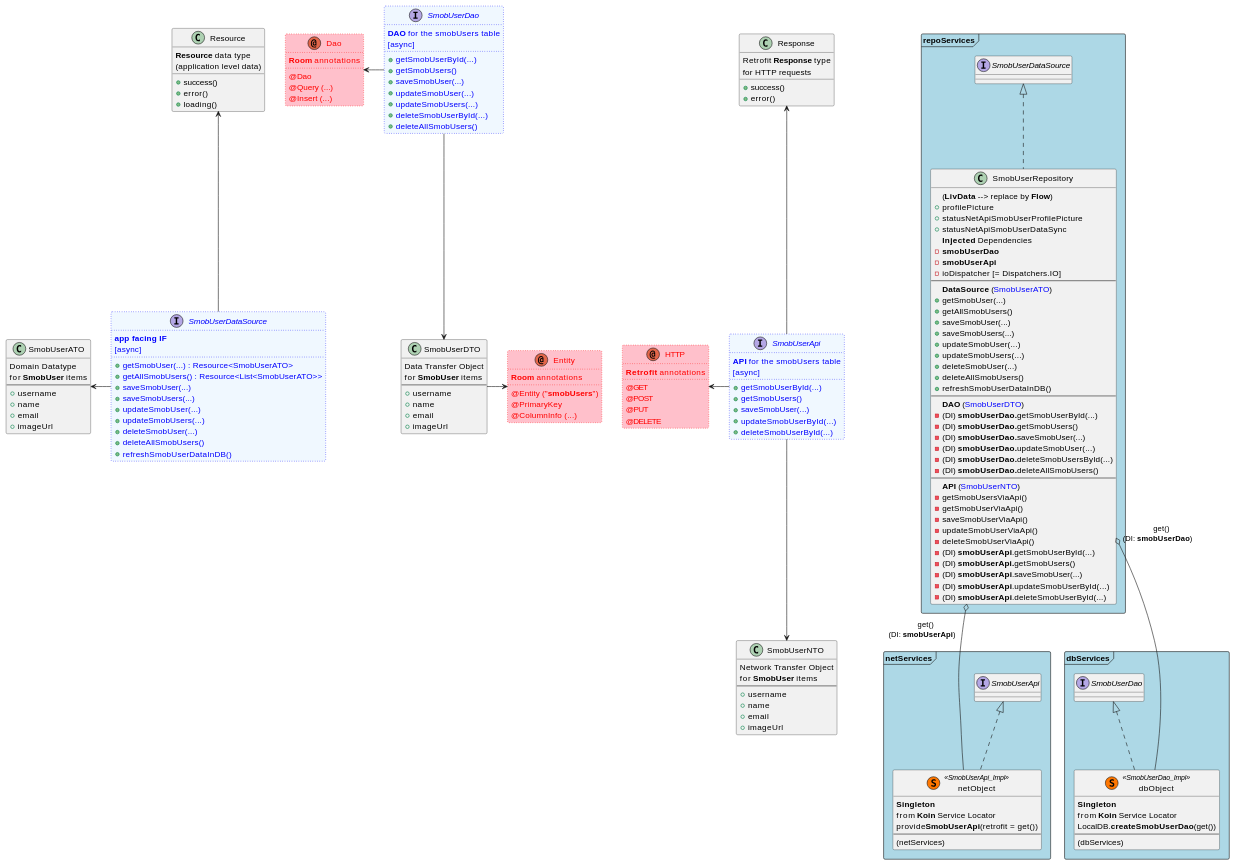
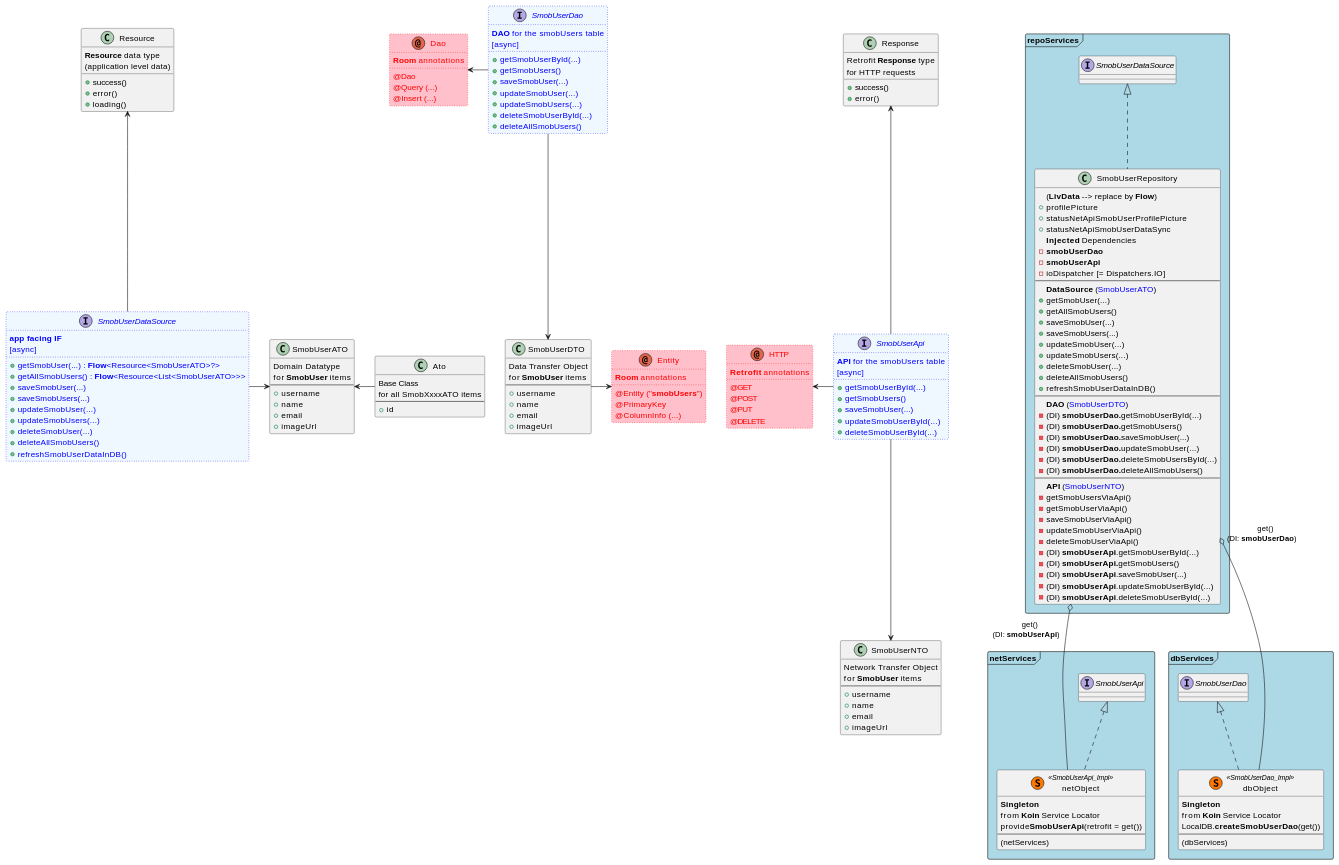
The diagram in doc/puml/smobUserRepository.md (fwornle/ShopMob), drawn with PlantUML before and after one commit. The commit also changed 1 other file, not shown here.

Commit message:
update UML diagrams (flow)

```diff
--- a/doc/puml/smobUserRepository.md
+++ b/doc/puml/smobUserRepository.md
@@ -3,8 +3,8 @@
 interface SmobUserDataSource #aliceblue;line:blue;line.dotted;text:blue {
     **app facing IF**
     [async]
-    +getSmobUser(...) : Resource<SmobUserATO>
-    +getAllSmobUsers() : Resource<List<SmobUserATO>>
+    +getSmobUser(...) : **Flow**<Resource<SmobUserATO>?>
+    +getAllSmobUsers() : **Flow**<Resource<List<SmobUserATO>>>
     +saveSmobUser(...)
     +saveSmobUsers(...)
     +updateSmobUser(...)
@@ -173,6 +173,7 @@
     +deleteAllSmobUsers()
 }
 
+
 class SmobUserATO {
 Domain Datatype
 for **SmobUser** items
@@ -183,7 +184,16 @@
 +imageUrl
 }
 
-SmobUserDataSource -left-> SmobUserATO
+SmobUserDataSource -right-> SmobUserATO
+
+class Ato {
+Base Class
+for all SmobXxxxATO items
+---
++id
+}
+
+Ato -left-> SmobUserATO
 
 
 SmobUserRepository o-down-- dbObject : "\n     get()\n (DI: **smobUserDao**)" " "
```
